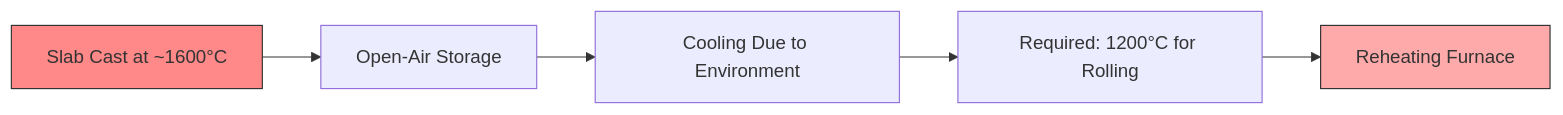
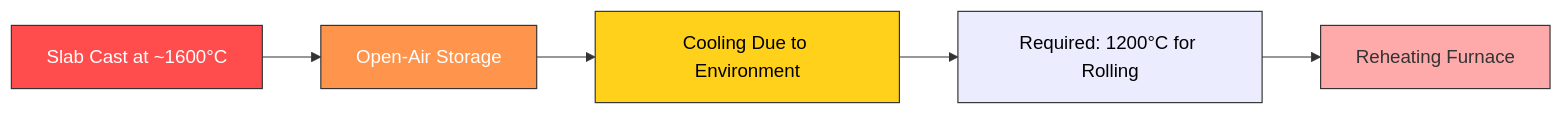
Before and after one commit to Christophe-Foyer/website: the first of 2 diagrams in public/data/projects/2018-06-01-Tata Steel.md, drawn with Mermaid. The commit also changed other lines of this file, not shown here.

````diff
--- a/public/data/projects/2018-06-01-Tata Steel.md
+++ b/public/data/projects/2018-06-01-Tata Steel.md
@@ -9,10 +9,14 @@
 ```mermaid
 flowchart LR
     A[Slab Cast at ~1600°C] --> B[Open-Air Storage]
     B --> C[Cooling Due to Environment]
     C --> D[Required: 1200°C for Rolling]
     D --> E[Reheating Furnace]
-    style A fill:#f88,stroke:#333,stroke-width:1px
+
+    style A fill:#ff4d4d,stroke:#333,stroke-width:1px,color:#fff
+    style B fill:#ff944d,stroke:#333,stroke-width:1px,color:#fff
+    style C fill:#ffd11a,stroke:#333,stroke-width:1px,color:#000
+    style D fill:#fe,stroke:#333,stroke-width:1px,color:#000
     style E fill:#faa,stroke:#333,stroke-width:1px
 
 ```
````
